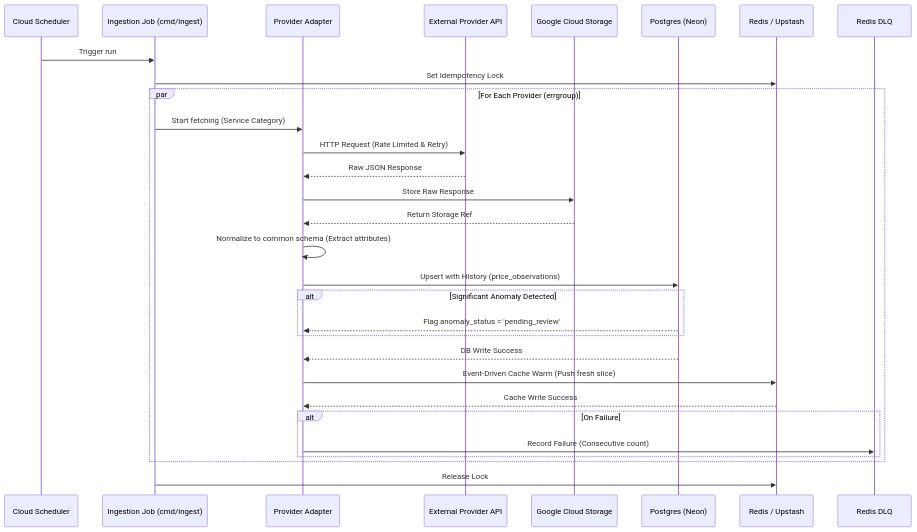
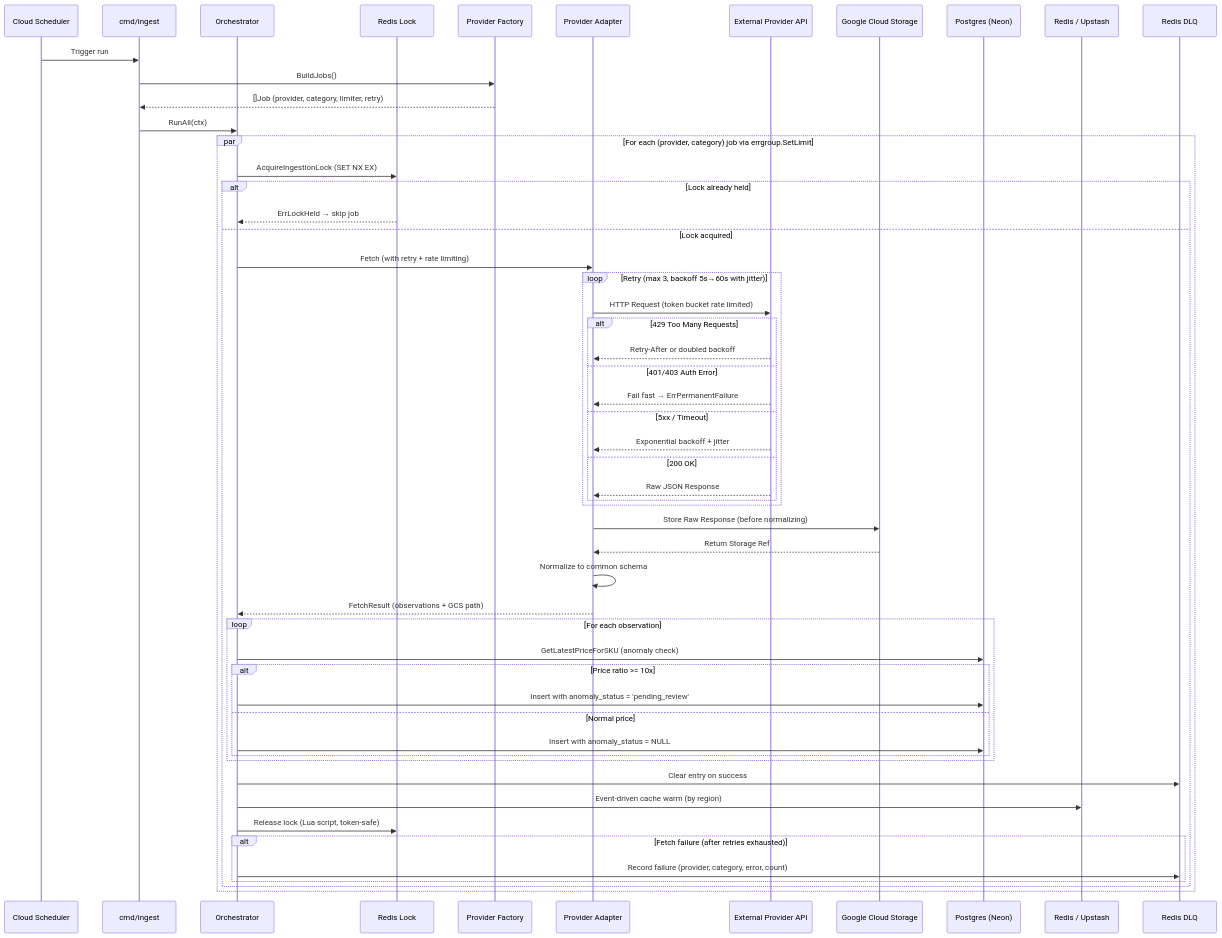
One commit to thatengineerguy21/cloudvitta changed the diagram in docs/diagrams/03-ingestion-flow.md. Above: the diagram before and after it, drawn with Mermaid. The commit also changed other lines of this file and 16 other files, not shown here.

First line of the commit message:
feat(ingest): implement ingestion orchestrator with retry, dlq, and locks

````diff
--- a/docs/diagrams/03-ingestion-flow.md
+++ b/docs/diagrams/03-ingestion-flow.md
@@ -3,39 +3,64 @@
 ```mermaid
 sequenceDiagram
     participant Scheduler as Cloud Scheduler
-    participant Job as Ingestion Job (cmd/ingest)
+    participant Main as cmd/ingest
+    participant Orch as Orchestrator
+    participant Lock as Redis Lock
+    participant Factory as Provider Factory
     participant Adapter as Provider Adapter
     participant API as External Provider API
     participant GCS as Google Cloud Storage
     participant DB as Postgres (Neon)
     participant Redis as Redis / Upstash
     participant DLQ as Redis DLQ
 
-    Scheduler->>Job: Trigger run
-    Job->>Redis: Set Idempotency Lock
+    Scheduler->>Main: Trigger run
+    Main->>Factory: BuildJobs()
+    Factory-->>Main: []Job (provider, category, limiter, retry)
+    Main->>Orch: RunAll(ctx)
     
-    par For Each Provider (errgroup)
-        Job->>Adapter: Start fetching (Service Category)
-        Adapter->>API: HTTP Request (Rate Limited & Retry)
-        API-->>Adapter: Raw JSON Response
-        Adapter->>GCS: Store Raw Response
-        GCS-->>Adapter: Return Storage Ref
-        
-        Adapter->>Adapter: Normalize to common schema (Extract attributes)
-        
-        Adapter->>DB: Upsert with History (price_observations)
-        alt Significant Anomaly Detected
-            DB-->>Adapter: Flag anomaly_status = 'pending_review'
-        end
-        DB-->>Adapter: DB Write Success
-        
-        Adapter->>Redis: Event-Driven Cache Warm (Push fresh slice)
-        Redis-->>Adapter: Cache Write Success
-        
-        alt On Failure
-            Adapter->>DLQ: Record Failure (Consecutive count)
+    par For each (provider, category) job via errgroup.SetLimit
+        Orch->>Lock: AcquireIngestionLock (SET NX EX)
+        alt Lock already held
+            Lock-->>Orch: ErrLockHeld → skip job
+        else Lock acquired
+            Orch->>Adapter: Fetch (with retry + rate limiting)
+            
+            loop Retry (max 3, backoff 5s→60s with jitter)
+                Adapter->>API: HTTP Request (token bucket rate limited)
+                alt 429 Too Many Requests
+                    API-->>Adapter: Retry-After or doubled backoff
+                else 401/403 Auth Error
+                    API-->>Adapter: Fail fast → ErrPermanentFailure
+                else 5xx / Timeout
+                    API-->>Adapter: Exponential backoff + jitter
+                else 200 OK
+                    API-->>Adapter: Raw JSON Response
+                end
+            end
+
+            Adapter->>GCS: Store Raw Response (before normalizing)
+            GCS-->>Adapter: Return Storage Ref
+            
+            Adapter->>Adapter: Normalize to common schema
+            Adapter-->>Orch: FetchResult (observations + GCS path)
+            
+            loop For each observation
+                Orch->>DB: GetLatestPriceForSKU (anomaly check)
+                alt Price ratio >= 10x
+                    Orch->>DB: Insert with anomaly_status = 'pending_review'
+                else Normal price
+                    Orch->>DB: Insert with anomaly_status = NULL
+                end
+            end
+            
+            Orch->>DLQ: Clear entry on success
+            Orch->>Redis: Event-driven cache warm (by region)
+            Orch->>Lock: Release lock (Lua script, token-safe)
+            
+            alt Fetch failure (after retries exhausted)
+                Orch->>DLQ: Record failure (provider, category, error, count)
+            end
         end
     end
-    
-    Job->>Redis: Release Lock
 ```
````
